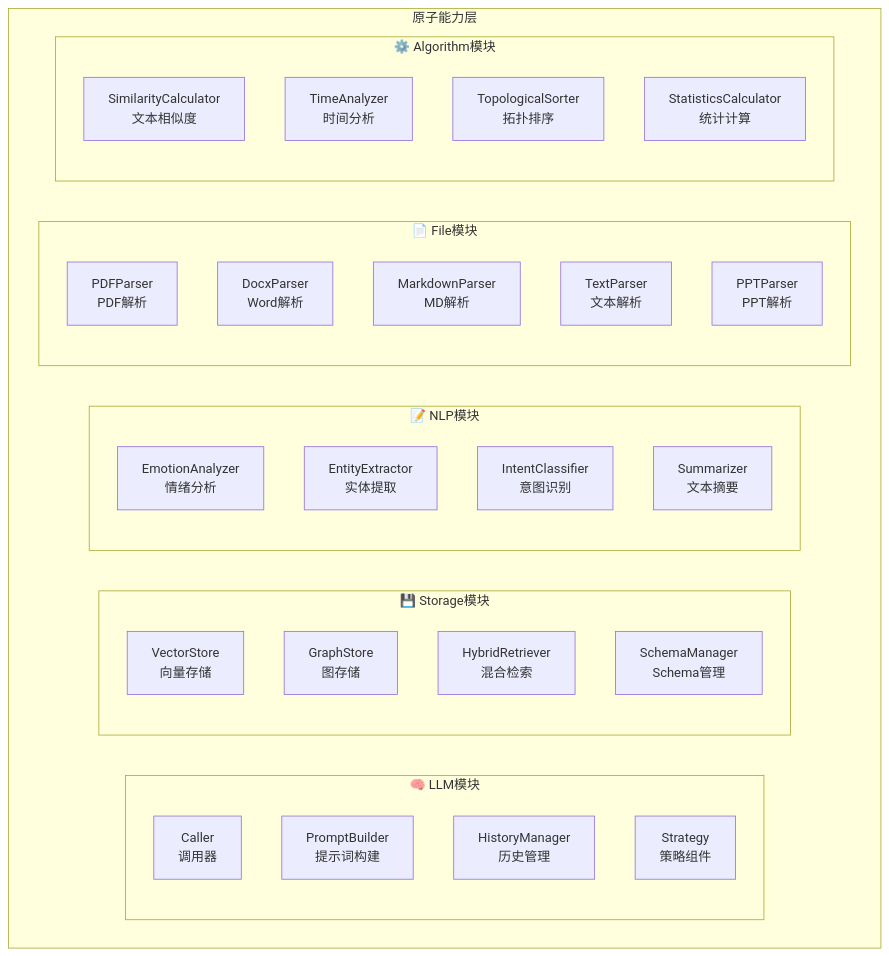
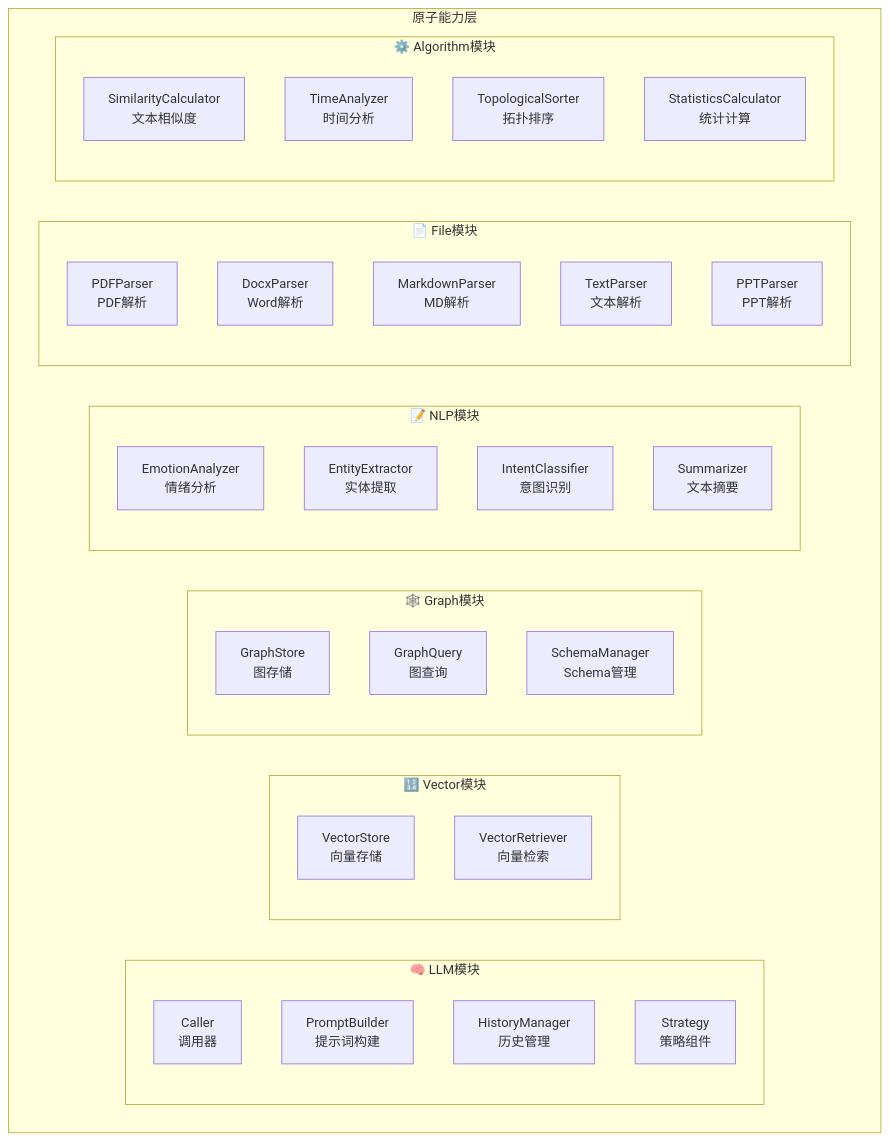
The third of 13 diagrams in ame-doc/architecture.md (kailiangenn/another-me), drawn with Mermaid before and after one commit. The commit also changed other lines of this file and 2 other files, not shown here.

````diff
--- a/ame-doc/architecture.md
+++ b/ame-doc/architecture.md
@@ -356,42 +369,46 @@
 ```mermaid
 graph TB
     subgraph Foundation["原子能力层"]
         direction LR
         
         subgraph LLM["🧠 LLM模块"]
             L1["Caller<br/>调用器"]
             L2["PromptBuilder<br/>提示词构建"]
             L3["HistoryManager<br/>历史管理"]
             L4["Strategy<br/>策略组件"]
         end
         
-        subgraph Storage["💾 Storage模块"]
-            S1["VectorStore<br/>向量存储"]
-            S2["GraphStore<br/>图存储"]
-            S3["HybridRetriever<br/>混合检索"]
-            S4["SchemaManager<br/>Schema管理"]
+        subgraph Vector["🔢 Vector模块"]
+            V1["VectorStore<br/>向量存储"]
+            V2["VectorRetriever<br/>向量检索"]
+        end
+        
+        subgraph Graph["🕸️ Graph模块"]
+            G1["GraphStore<br/>图存储"]
+            G2["GraphQuery<br/>图查询"]
+            G3["SchemaManager<br/>Schema管理"]
         end
         
         subgraph NLP["📝 NLP模块"]
             N1["EmotionAnalyzer<br/>情绪分析"]
             N2["EntityExtractor<br/>实体提取"]
             N3["IntentClassifier<br/>意图识别"]
             N4["Summarizer<br/>文本摘要"]
         end
         
         subgraph File["📄 File模块"]
             F1["PDFParser<br/>PDF解析"]
             F2["DocxParser<br/>Word解析"]
             F3["MarkdownParser<br/>MD解析"]
             F4["TextParser<br/>文本解析"]
             F5["PPTParser<br/>PPT解析"]
         end
         
         subgraph Algorithm["⚙️ Algorithm模块"]
             A1["SimilarityCalculator<br/>文本相似度"]
             A2["TimeAnalyzer<br/>时间分析"]
             A3["TopologicalSorter<br/>拓扑排序"]
             A4["StatisticsCalculator<br/>统计计算"]
         end
     end
 ```
````
